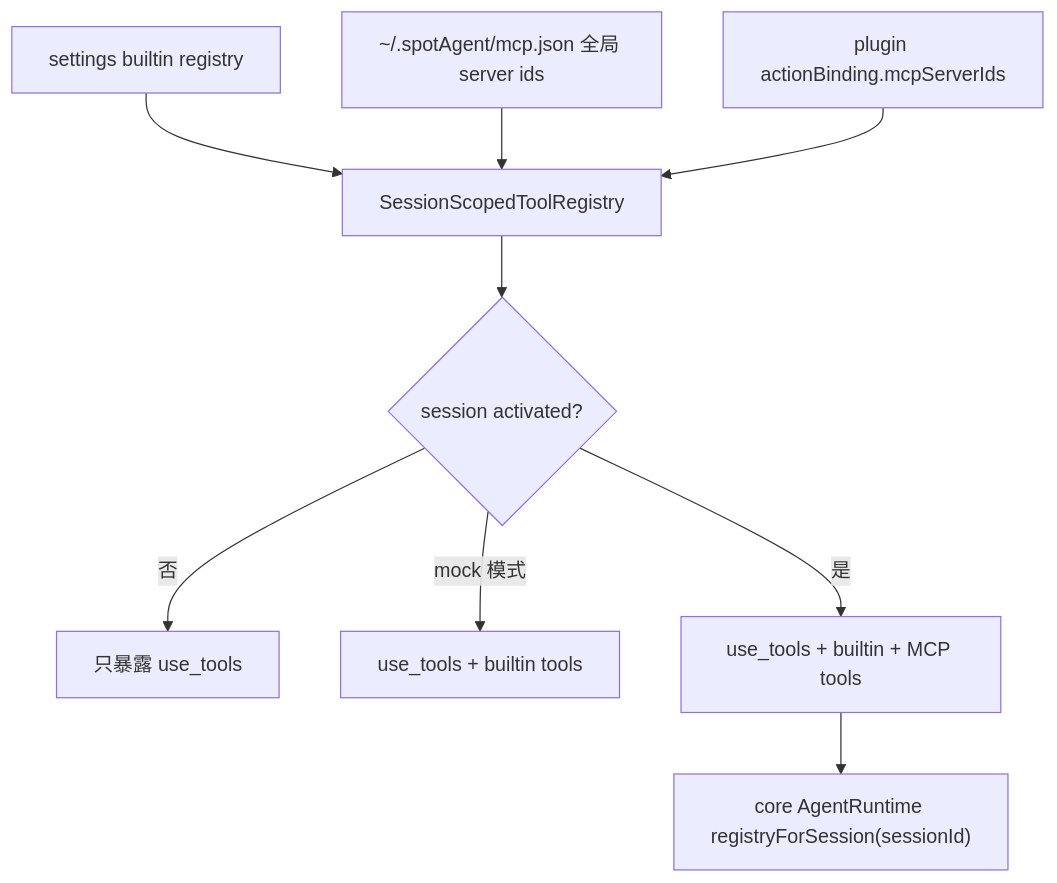
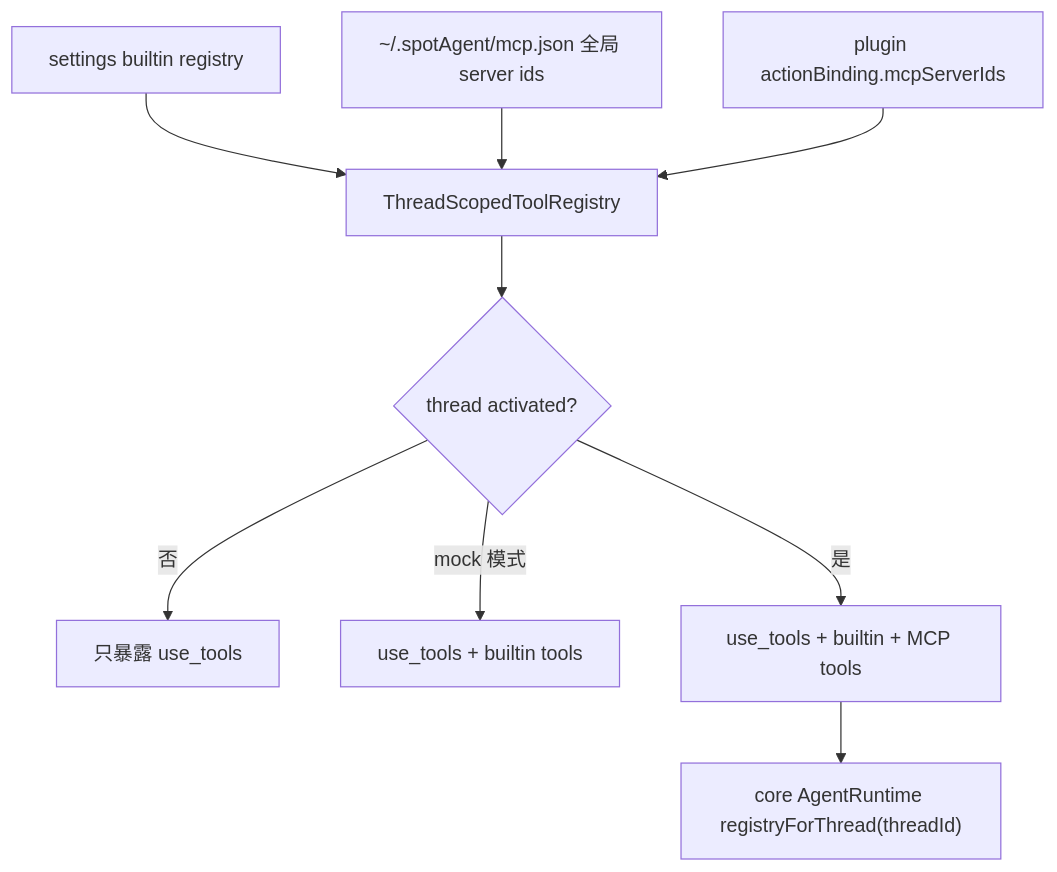
One commit to Lixuhang987/SpotAgent changed the diagram in apps/agent-server/src/actions/actions.md. Above: the diagram before and after it, drawn with Mermaid. The commit also changed other lines of this file and 49 other files, not shown here.

Commit message:
refactor: migrate agent-server to thread protocol

````diff
--- a/apps/agent-server/src/actions/actions.md
+++ b/apps/agent-server/src/actions/actions.md
@@ -18,11 +18,11 @@
 ```mermaid
 flowchart TD
-  A["settings builtin registry"] --> D["SessionScopedToolRegistry"]
+  A["settings builtin registry"] --> D["ThreadScopedToolRegistry"]
   B["~/.spotAgent/mcp.json 全局 server ids"] --> D
   C["plugin actionBinding.mcpServerIds"] --> D
-  D --> E{"session activated?"}
+  D --> E{"thread activated?"}
   E -- "否" --> F["只暴露 use_tools"]
   E -- "mock 模式" --> G["use_tools + builtin tools"]
   E -- "是" --> H["use_tools + builtin + MCP tools"]
-  H --> I["core AgentRuntime registryForSession(sessionId)"]
+  H --> I["core AgentRuntime registryForThread(threadId)"]
 ```
````
